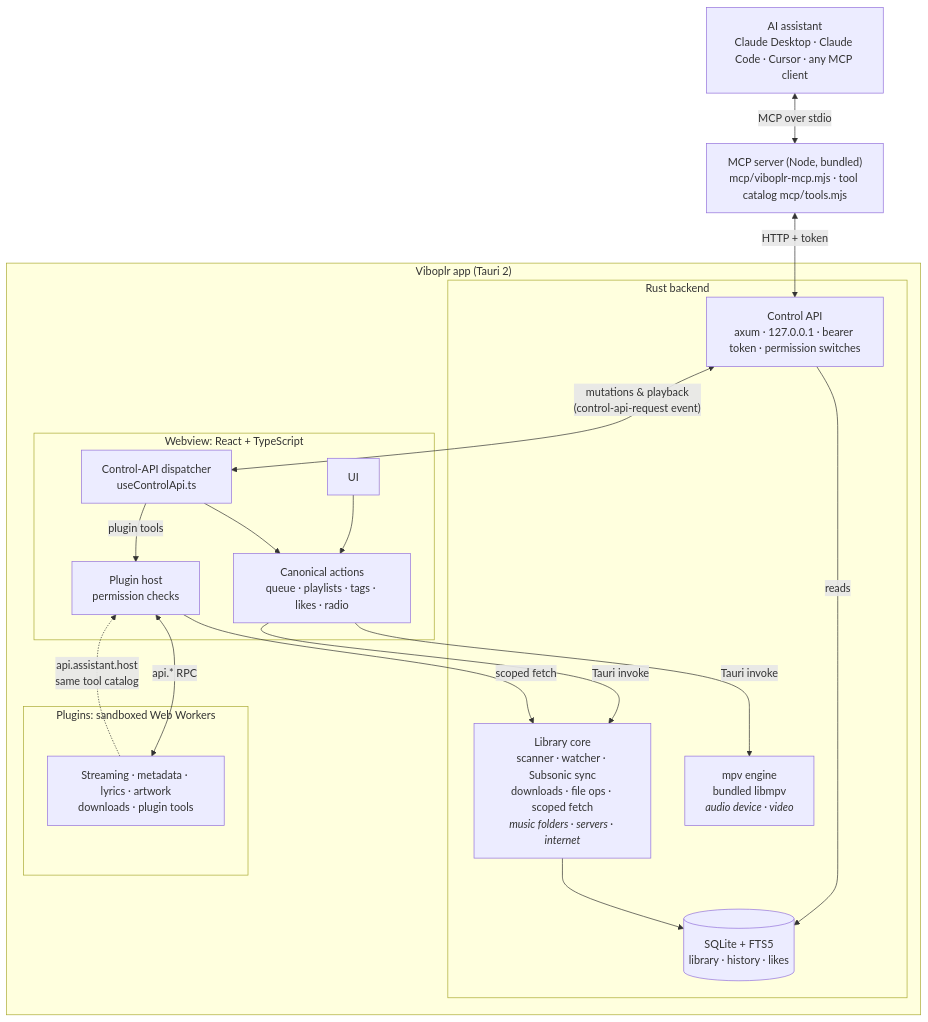
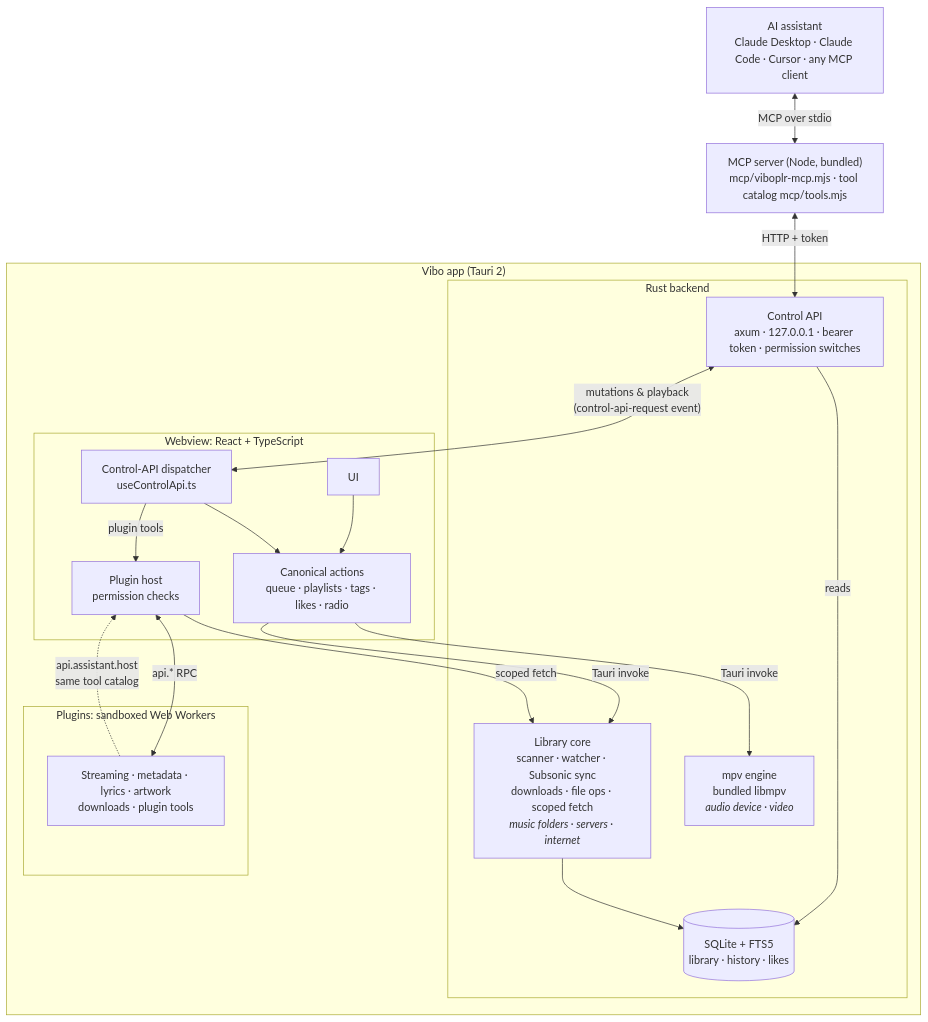
Before and after one commit to outcast1000/viboplr: the diagram in README.md, drawn with Mermaid. The commit also changed other lines of this file and 145 other files, not shown here.

First line of the commit message:
brand: rename Viboplr to Vibo in user-facing text, new echo-V icon and echo wordmark

````diff
--- a/README.md
+++ b/README.md
@@ -33,37 +33,37 @@
 ```mermaid
 flowchart TB
     A["AI assistant<br/>Claude Desktop · Claude Code · Cursor · any MCP client"]
     MCP["MCP server (Node, bundled)<br/>mcp/viboplr-mcp.mjs · tool catalog mcp/tools.mjs"]
 
-    subgraph App["Viboplr app (Tauri 2)"]
+    subgraph App["Vibo app (Tauri 2)"]
         subgraph Rust["Rust backend"]
             API["Control API<br/>axum · 127.0.0.1 · bearer token · permission switches"]
             CORE["Library core<br/>scanner · watcher · Subsonic sync<br/>downloads · file ops · scoped fetch<br/><i>music folders · servers · internet</i>"]
             DB[("SQLite + FTS5<br/>library · history · likes")]
             MPV["mpv engine<br/>bundled libmpv<br/><i>audio device · video</i>"]
         end
         subgraph Web["Webview: React + TypeScript"]
             DISP["Control-API dispatcher<br/>useControlApi.ts"]
             UI["UI"]
             ACT["Canonical actions<br/>queue · playlists · tags · likes · radio"]
             HOST["Plugin host<br/>permission checks"]
         end
         subgraph Plugins["Plugins: sandboxed Web Workers"]
             PL["Streaming · metadata · lyrics · artwork<br/>downloads · plugin tools"]
         end
     end
 
     A <-->|"MCP over stdio"| MCP
     MCP <-->|"HTTP + token"| API
     API -->|"reads"| DB
     API <-->|"mutations & playback<br/>(control-api-request event)"| DISP
     UI --> ACT
     DISP --> ACT
     DISP -->|"plugin tools"| HOST
     ACT -->|"Tauri invoke"| CORE
     ACT -->|"Tauri invoke"| MPV
     HOST <-->|"api.* RPC"| PL
     PL -.->|"api.assistant.host<br/>same tool catalog"| HOST
     HOST -->|"scoped fetch"| CORE
     CORE --> DB
 ```
````
